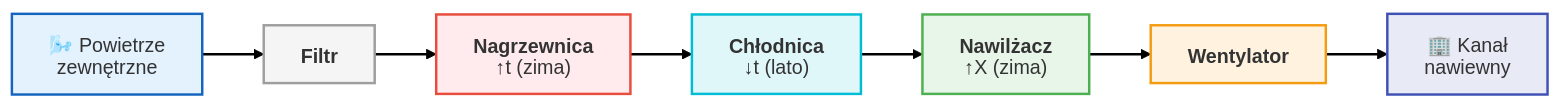
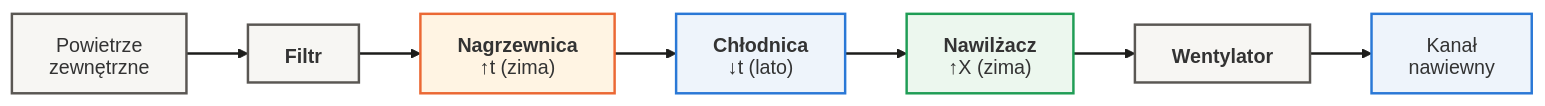
Before and after one commit to moondec/Termodynamika: the second of 2 diagrams in Wyklady/12_Powietrze_Wilgotne.qmd, drawn with Mermaid. The commit also changed other lines of this file and 229 other files, not shown here.

````diff
--- a/Wyklady/12_Powietrze_Wilgotne.qmd
+++ b/Wyklady/12_Powietrze_Wilgotne.qmd
@@ -1179,24 +1119,24 @@
 ```{mermaid}
 %%| fig-align: center
 
 %%{init: {'theme': 'default', 'flowchart': {'htmlLabels': false, 'wrappingWidth': 400, 'subGraphTitleMargin': {'top': 6, 'bottom': 16}}, 'themeVariables': {'fontSize': '16px', 'fontFamily': 'Arial, Helvetica, sans-serif'}, 'htmlLabels': false}}%%
 flowchart LR
-    IN["🌬️ Powietrze<br>zewnętrzne"] --> F["`**Filtr**`"]
+    IN["Powietrze<br>zewnętrzne"] --> F["`**Filtr**`"]
     F --> N["`**Nagrzewnica**
 ↑t (zima)`"]
     N --> CH["`**Chłodnica**
 ↓t (lato)`"]
     CH --> NAW["`**Nawilżacz**
 ↑X (zima)`"]
     NAW --> W["`**Wentylator**`"]
-    W --> OUT["🏢 Kanał<br>nawiewny"]
-    
-    style IN fill:#e3f2fd,stroke:#1565c0,stroke-width:2px
-    style F fill:#f5f5f5,stroke:#9e9e9e,stroke-width:2px
-    style N fill:#ffebee,stroke:#e74c3c,stroke-width:2px
-    style CH fill:#e0f7fa,stroke:#00bcd4,stroke-width:2px
-    style NAW fill:#e8f5e9,stroke:#4caf50,stroke-width:2px
-    style W fill:#fff3e0,stroke:#f39c12,stroke-width:2px
-    style OUT fill:#e8eaf6,stroke:#3f51b5,stroke-width:2px
-    linkStyle default stroke-width:2px,fill:none,stroke:black
+    W --> OUT["Kanał<br>nawiewny"]
+
+    style IN fill:#f7f6f3,stroke:#5a5753,stroke-width:2px
+    style F fill:#f7f6f3,stroke:#5a5753,stroke-width:2px
+    style N fill:#fff4e3,stroke:#eb6834,stroke-width:2px
+    style CH fill:#eef4fb,stroke:#2a78d6,stroke-width:2px
+    style NAW fill:#ecf7ee,stroke:#1f9d55,stroke-width:2px
+    style W fill:#f7f6f3,stroke:#5a5753,stroke-width:2px
+    style OUT fill:#eef4fb,stroke:#2a78d6,stroke-width:2px
+    linkStyle default stroke-width:2px,fill:none,stroke:#1d1d1b
 ```
````
